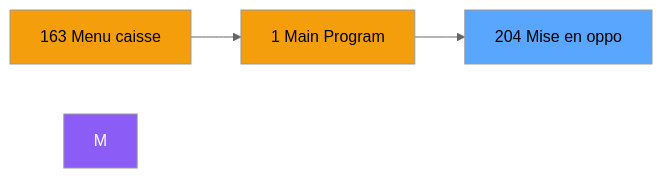
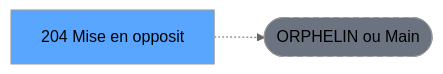
Before and after one commit to thonyAGP/lecteur-magic: the second of 3 diagrams in .openspec/renders/ADH-IDE-204.md, drawn with Mermaid (neutral theme). The commit also changed other lines of this file and 701 other files, not shown here.

````diff
--- a/.openspec/renders/ADH-IDE-204.md
+++ b/.openspec/renders/ADH-IDE-204.md
@@ -108,12 +118,8 @@
 ```mermaid
 graph LR
-    N163[163 Menu caisse ]
-    N1[1 Main Program]
-    T[204 Mise en oppo]
-    N163 --> N1
-    N1 --> T
-    style M fill:#8b5cf6,color:#fff
-    style N163 fill:#f59e0b
-    style N1 fill:#f59e0b
+    T[204 Mise en opposit]
+    ORPHAN([ORPHELIN ou Main])
+    T -.-> ORPHAN
     style T fill:#58a6ff,color:#000
+    style ORPHAN fill:#6b7280,stroke-dasharray: 5 5
 ```
````
